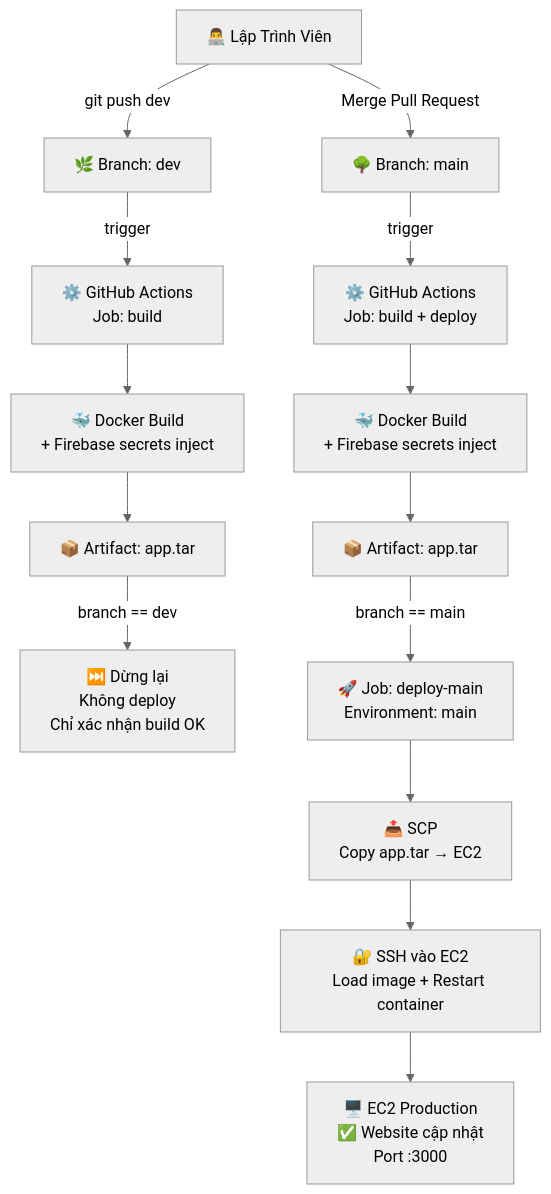
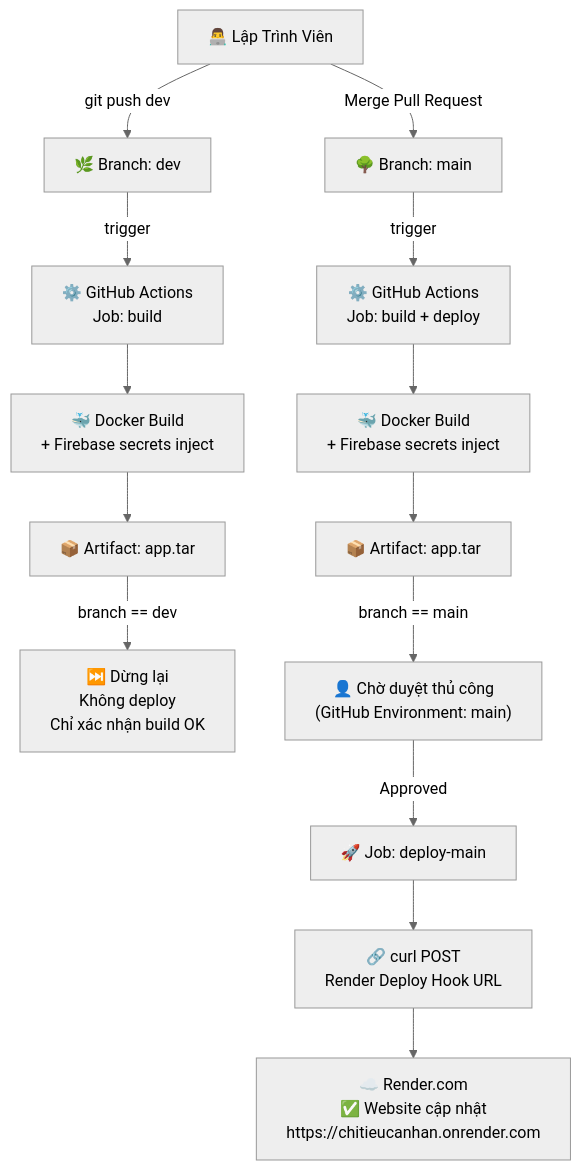
The diagram in README.md (phanvantien2907/chitieucanhan), drawn with Mermaid (neutral theme) before and after one commit. The commit also changed other lines of this file, not shown here.

````diff
--- a/README.md
+++ b/README.md
@@ -56,21 +56,21 @@
 ```mermaid
 flowchart TD
     DEV[👨‍💻 Lập Trình Viên] -- git push dev --> DEVBRANCH[🌿 Branch: dev]
     DEV -- Merge Pull Request --> MAINBRANCH[🌳 Branch: main]
 
     DEVBRANCH -- trigger --> GHA_DEV[⚙️ GitHub Actions\nJob: build]
     MAINBRANCH -- trigger --> GHA_MAIN[⚙️ GitHub Actions\nJob: build + deploy]
 
     GHA_DEV --> DOCKER_BUILD_DEV[🐳 Docker Build\n+ Firebase secrets inject]
     GHA_MAIN --> DOCKER_BUILD_MAIN[🐳 Docker Build\n+ Firebase secrets inject]
 
     DOCKER_BUILD_DEV --> ARTIFACT_DEV[📦 Artifact: app.tar]
     DOCKER_BUILD_MAIN --> ARTIFACT_MAIN[📦 Artifact: app.tar]
 
     ARTIFACT_DEV -- branch == dev --> SKIP[⏭️ Dừng lại\nKhông deploy\nChỉ xác nhận build OK]
-    ARTIFACT_MAIN -- branch == main --> DEPLOY[🚀 Job: deploy-main\nEnvironment: main]
+    ARTIFACT_MAIN -- branch == main --> APPROVE["👤 Chờ duyệt thủ công\n(GitHub Environment: main)"]
 
-    DEPLOY --> SCP[📤 SCP\nCopy app.tar → EC2]
-    SCP --> SSH[🔐 SSH vào EC2\nLoad image + Restart container]
-    SSH --> EC2[🖥️ EC2 Production\n✅ Website cập nhật\nPort :3000]
+    APPROVE -- Approved --> DEPLOY["🚀 Job: deploy-main"]
+    DEPLOY --> HOOK["🔗 curl POST\nRender Deploy Hook URL"]
+    HOOK --> RENDER["☁️ Render.com\n✅ Website cập nhật\nhttps://chitieucanhan.onrender.com"]
 ```
````
